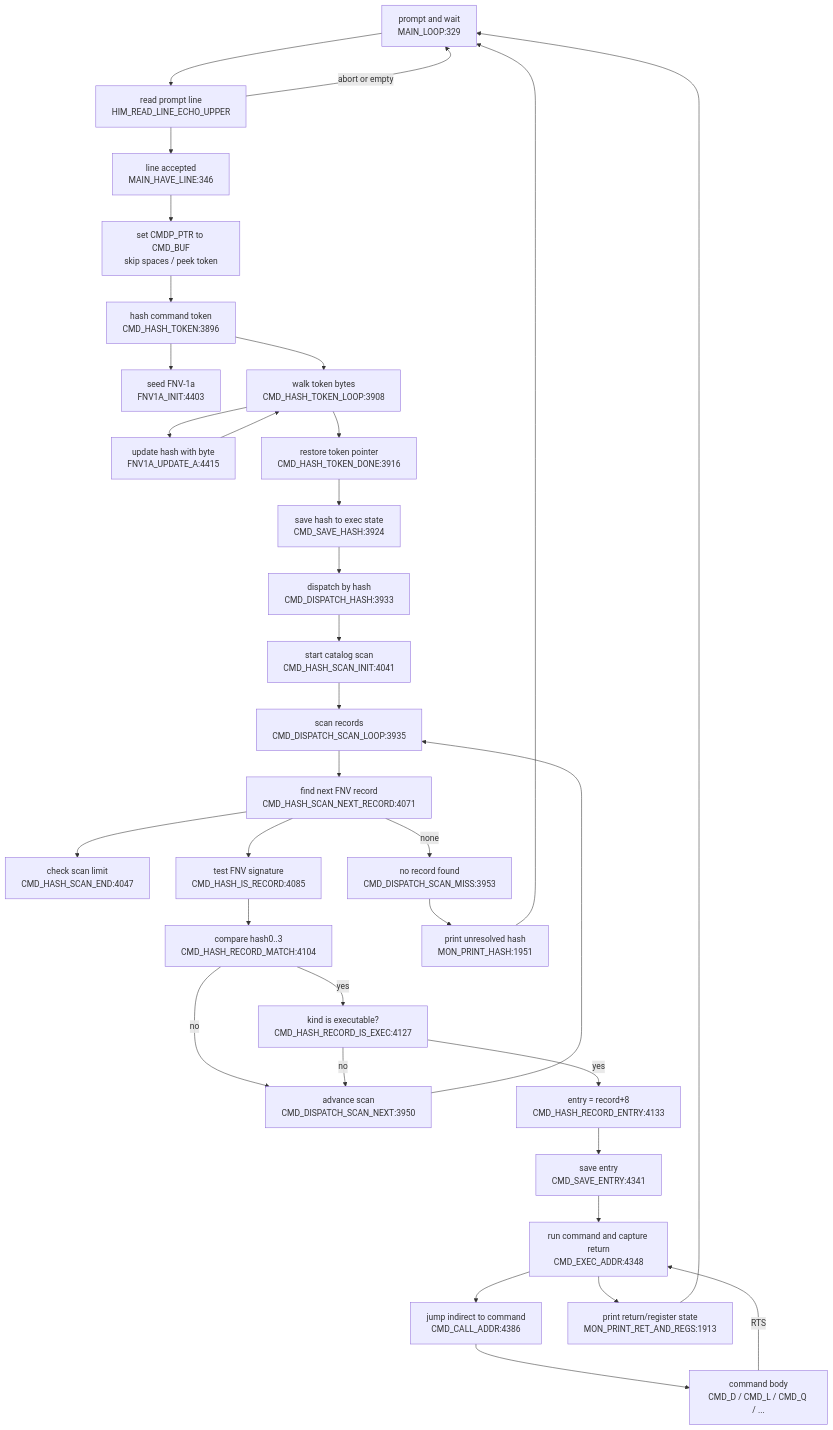
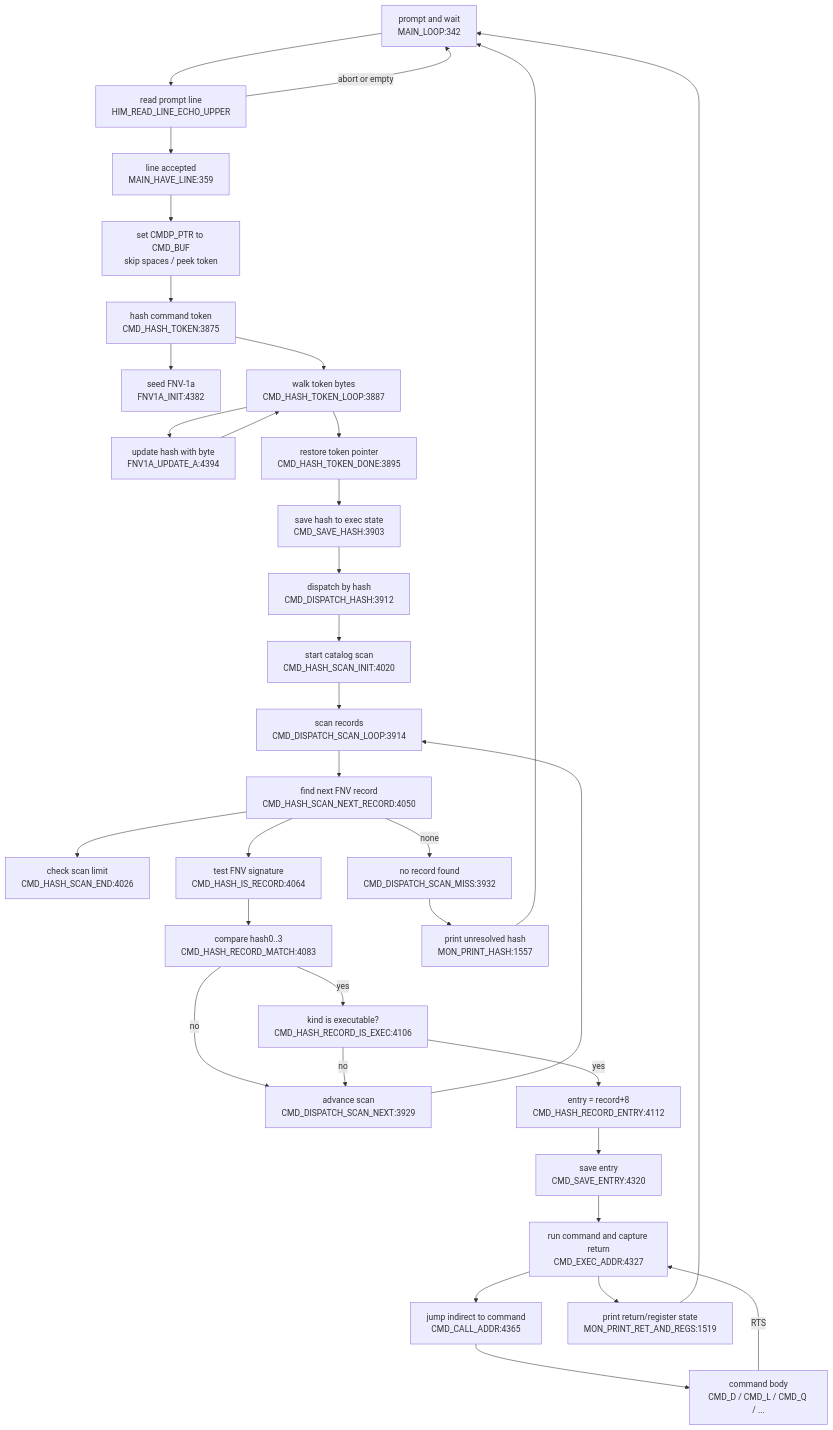
One commit to 95westus/R-YORS changed the diagram in DOC/GENERATED/CMD_FLOW_MAP.md. Above: the diagram before and after it, drawn with Mermaid. The commit also changed other lines of this file and 46 other files, not shown here.

````diff
--- a/DOC/GENERATED/CMD_FLOW_MAP.md
+++ b/DOC/GENERATED/CMD_FLOW_MAP.md
@@ -10,36 +10,36 @@
 ```mermaid
 flowchart TD
-    LOOP["prompt and wait<br/>MAIN_LOOP:329"] --> READ["read prompt line<br/>HIM_READ_LINE_ECHO_UPPER"]
-    READ --> HAVE["line accepted<br/>MAIN_HAVE_LINE:346"]
+    LOOP["prompt and wait<br/>MAIN_LOOP:342"] --> READ["read prompt line<br/>HIM_READ_LINE_ECHO_UPPER"]
+    READ --> HAVE["line accepted<br/>MAIN_HAVE_LINE:359"]
     READ -->|abort or empty| LOOP
     HAVE --> PREP["set CMDP_PTR to CMD_BUF<br/>skip spaces / peek token"]
-    PREP --> HASH["hash command token<br/>CMD_HASH_TOKEN:3896"]
-    HASH --> FNVINIT["seed FNV-1a<br/>FNV1A_INIT:4403"]
-    HASH --> HASHLOOP["walk token bytes<br/>CMD_HASH_TOKEN_LOOP:3908"]
-    HASHLOOP --> UPDATE["update hash with byte<br/>FNV1A_UPDATE_A:4415"]
+    PREP --> HASH["hash command token<br/>CMD_HASH_TOKEN:3875"]
+    HASH --> FNVINIT["seed FNV-1a<br/>FNV1A_INIT:4382"]
+    HASH --> HASHLOOP["walk token bytes<br/>CMD_HASH_TOKEN_LOOP:3887"]
+    HASHLOOP --> UPDATE["update hash with byte<br/>FNV1A_UPDATE_A:4394"]
     UPDATE --> HASHLOOP
-    HASHLOOP --> DONE["restore token pointer<br/>CMD_HASH_TOKEN_DONE:3916"]
-    DONE --> SAVEHASH["save hash to exec state<br/>CMD_SAVE_HASH:3924"]
-    SAVEHASH --> DISPATCH["dispatch by hash<br/>CMD_DISPATCH_HASH:3933"]
-    DISPATCH --> SCANINIT["start catalog scan<br/>CMD_HASH_SCAN_INIT:4041"]
-    SCANINIT --> SCANLOOP["scan records<br/>CMD_DISPATCH_SCAN_LOOP:3935"]
-    SCANLOOP --> NEXTREC["find next FNV record<br/>CMD_HASH_SCAN_NEXT_RECORD:4071"]
-    NEXTREC --> ENDCHK["check scan limit<br/>CMD_HASH_SCAN_END:4047"]
-    NEXTREC --> ISREC["test FNV signature<br/>CMD_HASH_IS_RECORD:4085"]
-    NEXTREC -->|none| MISS["no record found<br/>CMD_DISPATCH_SCAN_MISS:3953"]
-    ISREC --> MATCH["compare hash0..3<br/>CMD_HASH_RECORD_MATCH:4104"]
-    MATCH -->|no| ADV["advance scan<br/>CMD_DISPATCH_SCAN_NEXT:3950"]
+    HASHLOOP --> DONE["restore token pointer<br/>CMD_HASH_TOKEN_DONE:3895"]
+    DONE --> SAVEHASH["save hash to exec state<br/>CMD_SAVE_HASH:3903"]
+    SAVEHASH --> DISPATCH["dispatch by hash<br/>CMD_DISPATCH_HASH:3912"]
+    DISPATCH --> SCANINIT["start catalog scan<br/>CMD_HASH_SCAN_INIT:4020"]
+    SCANINIT --> SCANLOOP["scan records<br/>CMD_DISPATCH_SCAN_LOOP:3914"]
+    SCANLOOP --> NEXTREC["find next FNV record<br/>CMD_HASH_SCAN_NEXT_RECORD:4050"]
+    NEXTREC --> ENDCHK["check scan limit<br/>CMD_HASH_SCAN_END:4026"]
+    NEXTREC --> ISREC["test FNV signature<br/>CMD_HASH_IS_RECORD:4064"]
+    NEXTREC -->|none| MISS["no record found<br/>CMD_DISPATCH_SCAN_MISS:3932"]
+    ISREC --> MATCH["compare hash0..3<br/>CMD_HASH_RECORD_MATCH:4083"]
+    MATCH -->|no| ADV["advance scan<br/>CMD_DISPATCH_SCAN_NEXT:3929"]
     ADV --> SCANLOOP
-    MATCH -->|yes| EXECOK["kind is executable?<br/>CMD_HASH_RECORD_IS_EXEC:4127"]
+    MATCH -->|yes| EXECOK["kind is executable?<br/>CMD_HASH_RECORD_IS_EXEC:4106"]
     EXECOK -->|no| ADV
-    EXECOK -->|yes| ENTRY["entry = record+8<br/>CMD_HASH_RECORD_ENTRY:4133"]
-    ENTRY --> SAVEENTRY["save entry<br/>CMD_SAVE_ENTRY:4341"]
-    SAVEENTRY --> RUN["run command and capture return<br/>CMD_EXEC_ADDR:4348"]
-    RUN --> CALL["jump indirect to command<br/>CMD_CALL_ADDR:4386"]
+    EXECOK -->|yes| ENTRY["entry = record+8<br/>CMD_HASH_RECORD_ENTRY:4112"]
+    ENTRY --> SAVEENTRY["save entry<br/>CMD_SAVE_ENTRY:4320"]
+    SAVEENTRY --> RUN["run command and capture return<br/>CMD_EXEC_ADDR:4327"]
+    RUN --> CALL["jump indirect to command<br/>CMD_CALL_ADDR:4365"]
     CALL --> BODY["command body<br/>CMD_D / CMD_L / CMD_Q / ..."]
     BODY -->|RTS| RUN
-    RUN --> RETPRINT["print return/register state<br/>MON_PRINT_RET_AND_REGS:1913"]
+    RUN --> RETPRINT["print return/register state<br/>MON_PRINT_RET_AND_REGS:1519"]
     RETPRINT --> LOOP
-    MISS --> PRHASH["print unresolved hash<br/>MON_PRINT_HASH:1951"]
+    MISS --> PRHASH["print unresolved hash<br/>MON_PRINT_HASH:1557"]
     PRHASH --> LOOP
 ```
````
